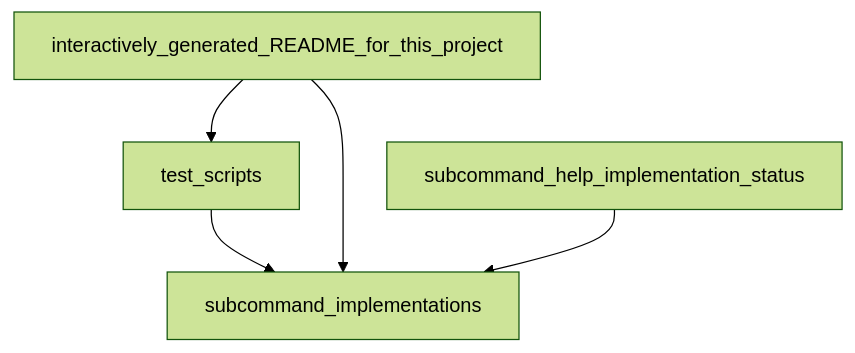
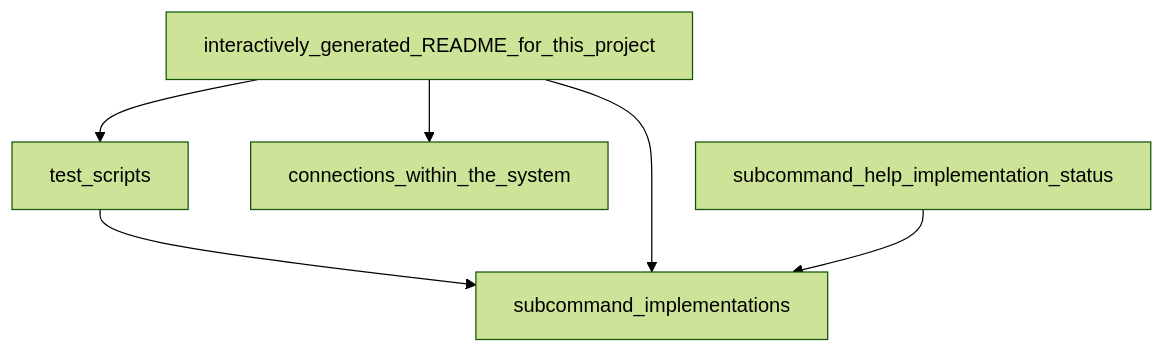
The diagram in database/20240710043728-86ad27b18da4fa187615/graph.mermaid (nicholas-long/ngramdb), drawn with Mermaid (forest theme) before and after one commit. The commit also changed 5 other files, not shown here.

```diff
--- a/database/20240710043728-86ad27b18da4fa187615/graph.mermaid
+++ b/database/20240710043728-86ad27b18da4fa187615/graph.mermaid
@@ -1,5 +1,6 @@
 graph TD;
   test_scripts --> subcommand_implementations;
   interactively_generated_README_for_this_project --> subcommand_implementations;
   interactively_generated_README_for_this_project --> test_scripts;
+  interactively_generated_README_for_this_project --> connections_within_the_system;
   subcommand_help_implementation_status --> subcommand_implementations;
```
